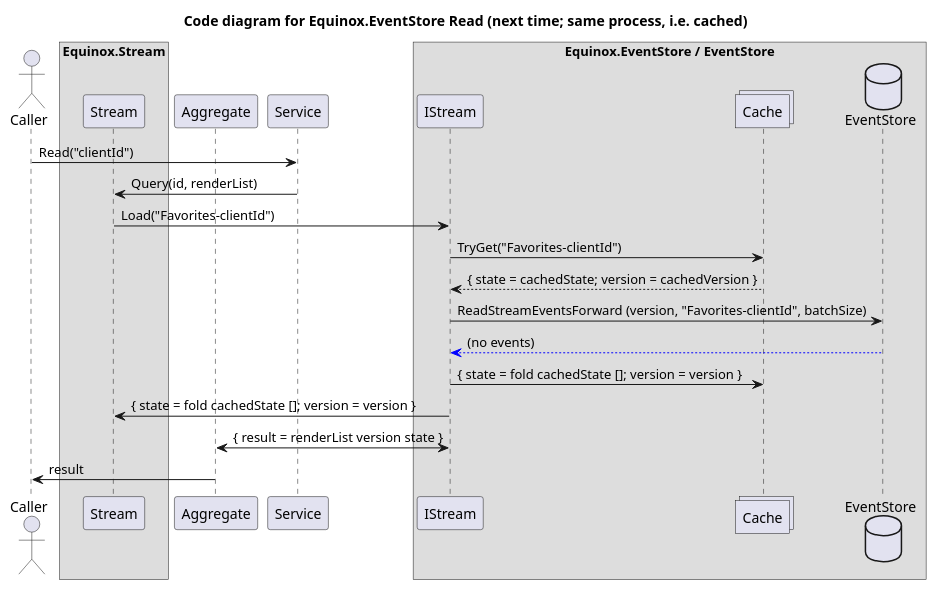
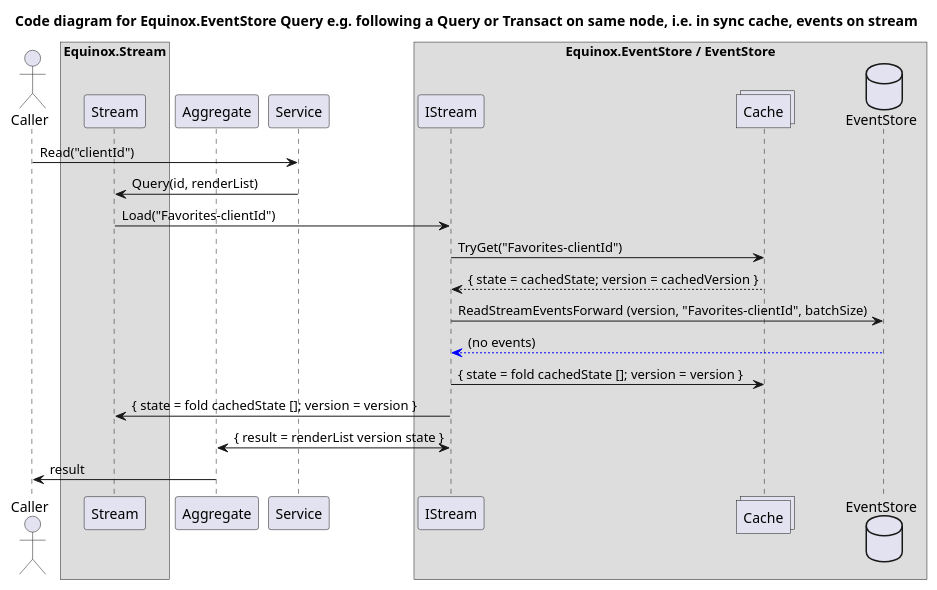
The third of 4 diagrams in diagrams/EventStoreCode.puml (jet/equinox), drawn with PlantUML before and after one commit. The commit also changed other lines of this file and 2 other files, not shown here.

Commit message:
Fix code diagram titles

```diff
--- a/diagrams/EventStoreCode.puml
+++ b/diagrams/EventStoreCode.puml
@@ -100,29 +100,29 @@
 @startuml
-title Code diagram for Equinox.EventStore Read (next time; same process, i.e. cached)
+title Code diagram for Equinox.EventStore Query e.g. following a Query or Transact on same node, i.e. in sync cache, events on stream
 
 actor Caller order 20
 box "Equinox.Stream"
     participant Stream order 40
 end box
 participant Aggregate order 50
 participant Service order 60
 box "Equinox.EventStore / EventStore"
   participant IStream order 80
   collections Cache order 90
   database EventStore order 100
 end box
 
 actor Caller
 Caller -> Service: Read("clientId")
 participant Aggregate
 Service -> Stream: Query(id, renderList)
 Stream -> IStream: Load("Favorites-clientId")
 IStream -> Cache: TryGet("Favorites-clientId")
 Cache --> IStream: { state = cachedState; version = cachedVersion }
 IStream -> EventStore: ReadStreamEventsForward (version, "Favorites-clientId", batchSize)
 EventStore -[#blue]-> IStream: (no events)
 IStream -> Cache: { state = fold cachedState []; version = version }
 IStream -> Stream: { state = fold cachedState []; version = version }
 Aggregate <-> IStream: { result = renderList version state }
 Aggregate -> Caller: result
 @enduml
```
